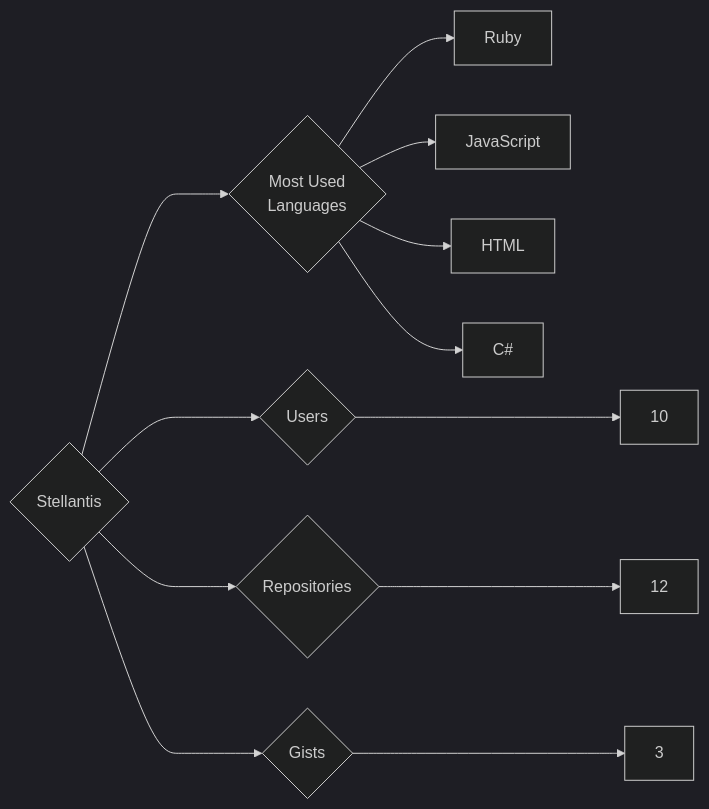
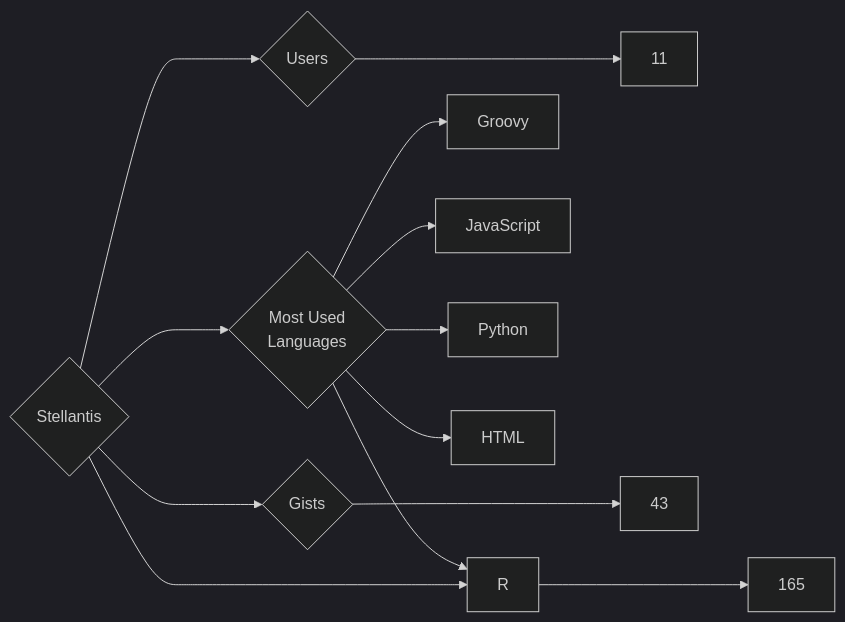
The diagram in targets/Stellantis/README.md (trickest/insiders), drawn with Mermaid (dark theme) before and after one commit. The commit also changed 736 other files, not shown here.

````diff
--- a/targets/Stellantis/README.md
+++ b/targets/Stellantis/README.md
@@ -3,12 +3,13 @@
 ```mermaid
 graph LR
 COMPANY_NAME{Stellantis}
-COMPANY_NAME ---> U{Users} ---> UN[10]
-COMPANY_NAME ---> R{Repositories} ---> RN[12]
-COMPANY_NAME ---> G{Gists} ---> GN[3]
+COMPANY_NAME ---> U{Users} ---> UN[11]
+COMPANY_NAME ---> R{Repositories} ---> RN[165]
+COMPANY_NAME ---> G{Gists} ---> GN[43]
 COMPANY_NAME ---> ML{Most Used<br>Languages}
-ML --> Ruby[Ruby]
+ML --> Groovy[Groovy]
 ML --> JavaScript[JavaScript]
+ML --> Python[Python]
 ML --> HTML[HTML]
-ML --> C#[C#]
+ML --> R[R]
 ```
````
